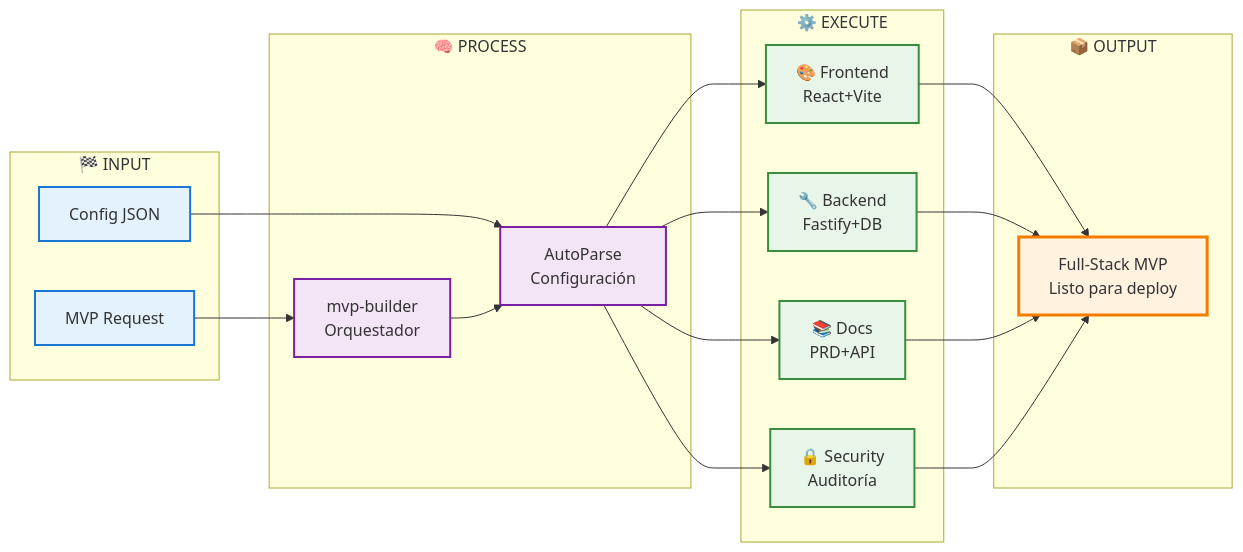
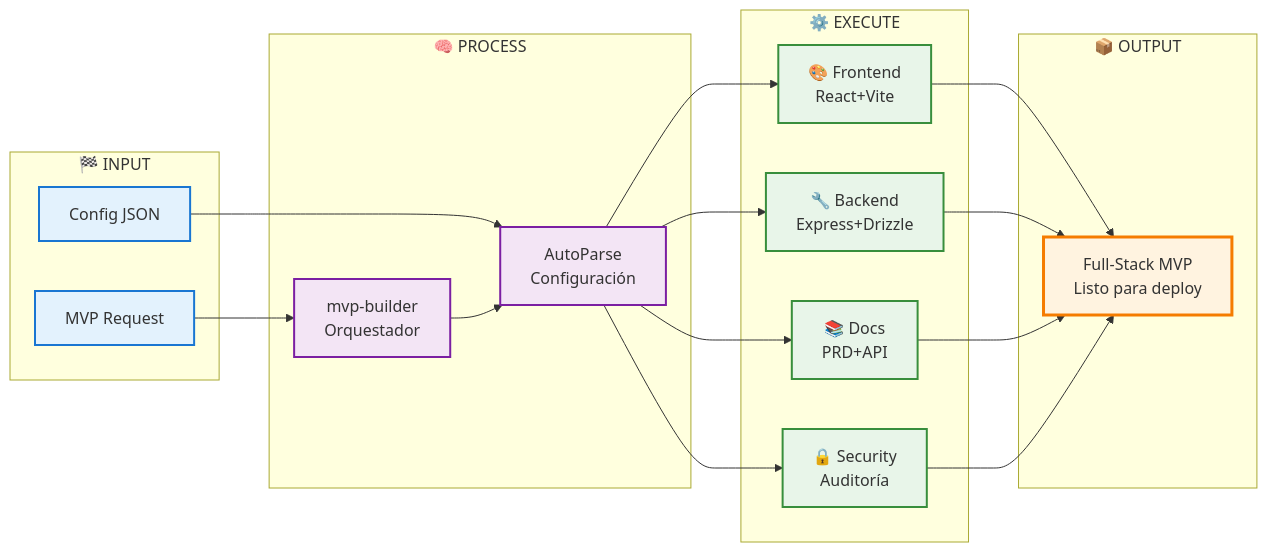
One commit to pisanocami/VibeForgeAI.com changed the diagram in .windsurf/workflows/docs/diagrams/architecture-flow.mmd. Above: the diagram before and after it, drawn with Mermaid. The commit also changed 11 other files, not shown here.

```diff
--- a/.windsurf/workflows/docs/diagrams/architecture-flow.mmd
+++ b/.windsurf/workflows/docs/diagrams/architecture-flow.mmd
@@ -1,43 +1,43 @@
 graph LR
   subgraph layer1 ["🏁 INPUT"]
     I1["MVP Request"]
     I2["Config JSON"]
   end
 
   subgraph layer2 ["🧠 PROCESS"]
     P1["mvp-builder<br/>Orquestador"]
     P2["AutoParse<br/>Configuración"]
   end
 
   subgraph layer3 ["⚙️ EXECUTE"]
     E1["🎨 Frontend<br/>React+Vite"]
-    E2["🔧 Backend<br/>Fastify+DB"] 
+    E2["🔧 Backend<br/>Express+Drizzle"] 
     E3["📚 Docs<br/>PRD+API"]
     E4["🔒 Security<br/>Auditoría"]
   end
 
   subgraph layer4 ["📦 OUTPUT"]
     O1["Full-Stack MVP<br/>Listo para deploy"]
   end
 
   I1 --> P1
   I2 --> P2
   P1 --> P2
   P2 --> E1
   P2 --> E2
   P2 --> E3
   P2 --> E4
   E1 --> O1
   E2 --> O1
   E3 --> O1
   E4 --> O1
 
   classDef input fill:#e3f2fd,stroke:#1976d2,stroke-width:2px
   classDef process fill:#f3e5f5,stroke:#7b1fa2,stroke-width:2px  
   classDef execute fill:#e8f5e9,stroke:#388e3c,stroke-width:2px
   classDef output fill:#fff3e0,stroke:#f57c00,stroke-width:3px
 
   class I1,I2 input
   class P1,P2 process
   class E1,E2,E3,E4 execute
   class O1 output
```
